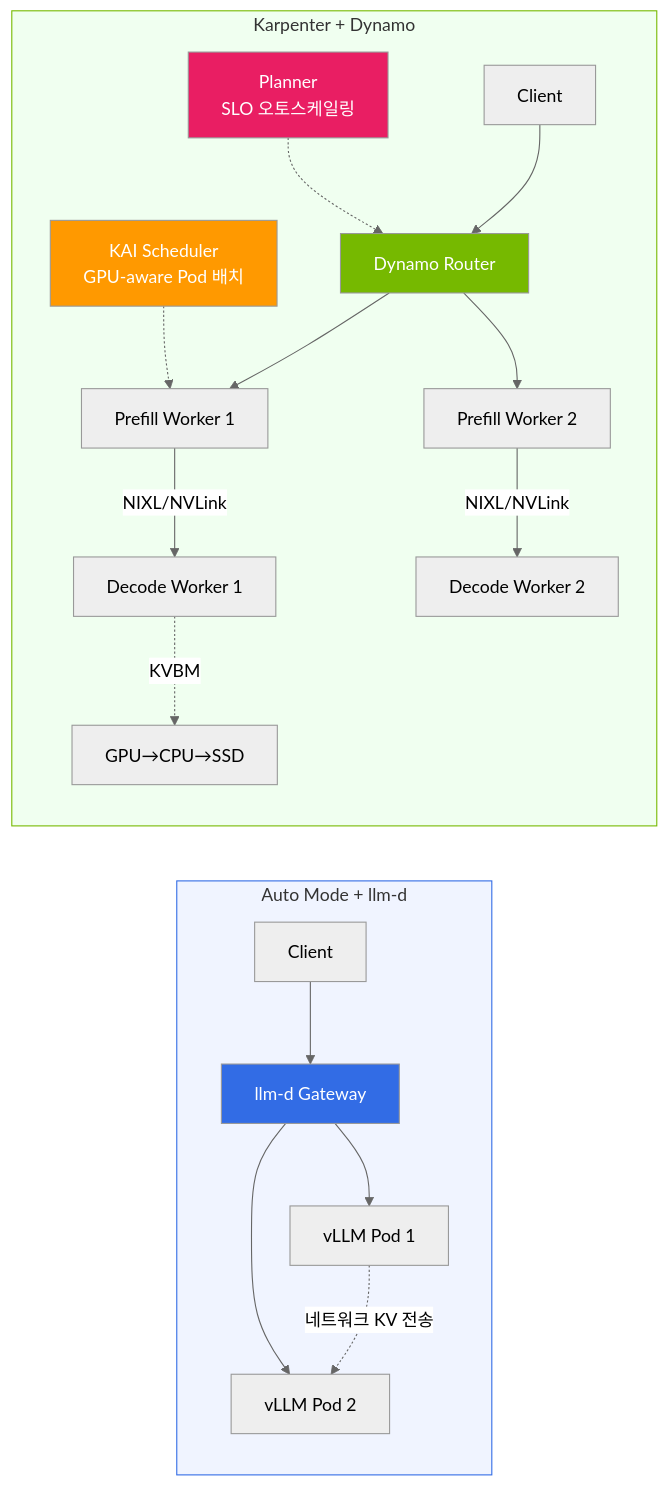
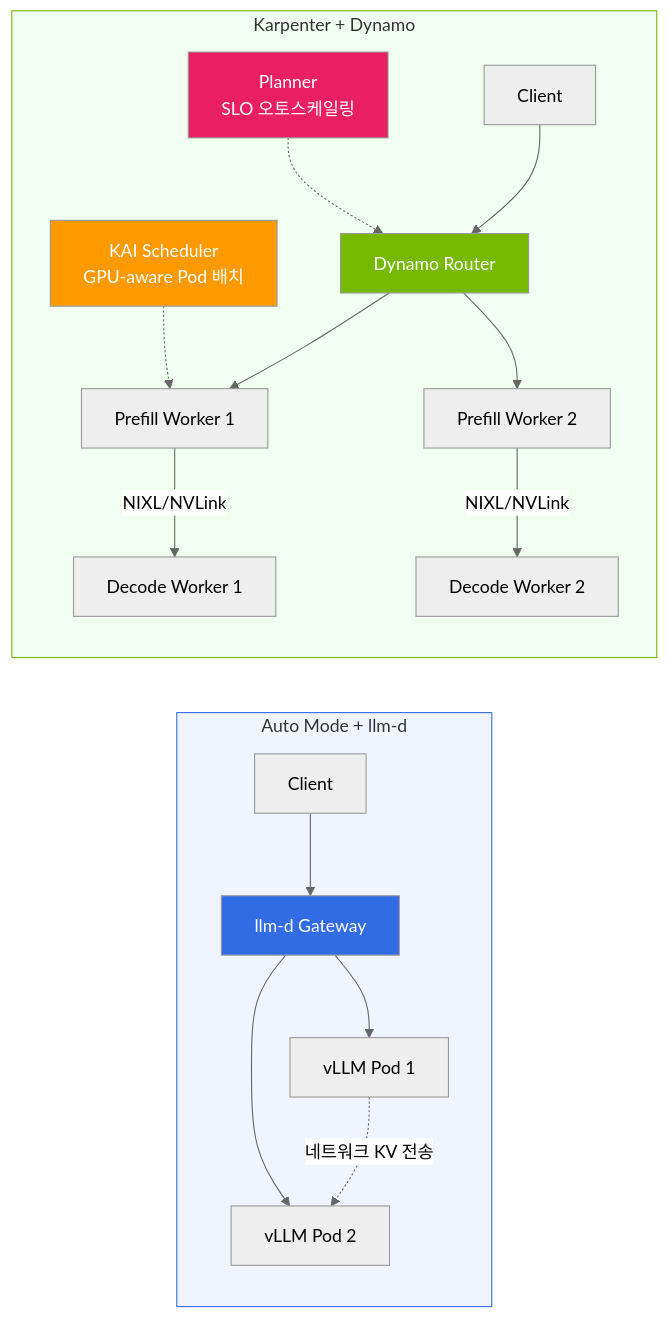
The fourth of 4 diagrams in docs/agentic-ai-platform/model-serving/llm-d-eks-automode.md (devfloor9/engineering-playbook), drawn with Mermaid (neutral theme) before and after one commit. The commit also changed other lines of this file and 6 other files, not shown here.

````diff
--- a/docs/agentic-ai-platform/model-serving/llm-d-eks-automode.md
+++ b/docs/agentic-ai-platform/model-serving/llm-d-eks-automode.md
@@ -784,29 +326,28 @@
 ```mermaid
 flowchart LR
     subgraph AutoMode["Auto Mode + llm-d"]
         direction TB
         C1[Client] --> GW1[llm-d Gateway]
         GW1 --> VP1[vLLM Pod 1]
         GW1 --> VP2[vLLM Pod 2]
         VP1 -.->|네트워크 KV 전송| VP2
     end
 
     subgraph KarpenterDynamo["Karpenter + Dynamo"]
         direction TB
         C2[Client] --> DR[Dynamo Router]
         DR --> PW1[Prefill Worker 1]
         DR --> PW2[Prefill Worker 2]
         PW1 -->|NIXL/NVLink| DW1[Decode Worker 1]
         PW2 -->|NIXL/NVLink| DW2[Decode Worker 2]
-        DW1 -.->|KVBM| SSD1[GPU→CPU→SSD]
         KAI[KAI Scheduler<br/>GPU-aware Pod 배치] -.-> PW1
         PLAN[Planner<br/>SLO 오토스케일링] -.-> DR
     end
 
     style AutoMode fill:#f0f4ff,stroke:#326ce5
     style KarpenterDynamo fill:#f0fff0,stroke:#76b900
     style GW1 fill:#326ce5,color:#fff
     style DR fill:#76b900,color:#fff
     style KAI fill:#ff9900,color:#fff
     style PLAN fill:#e91e63,color:#fff
 ```
````
